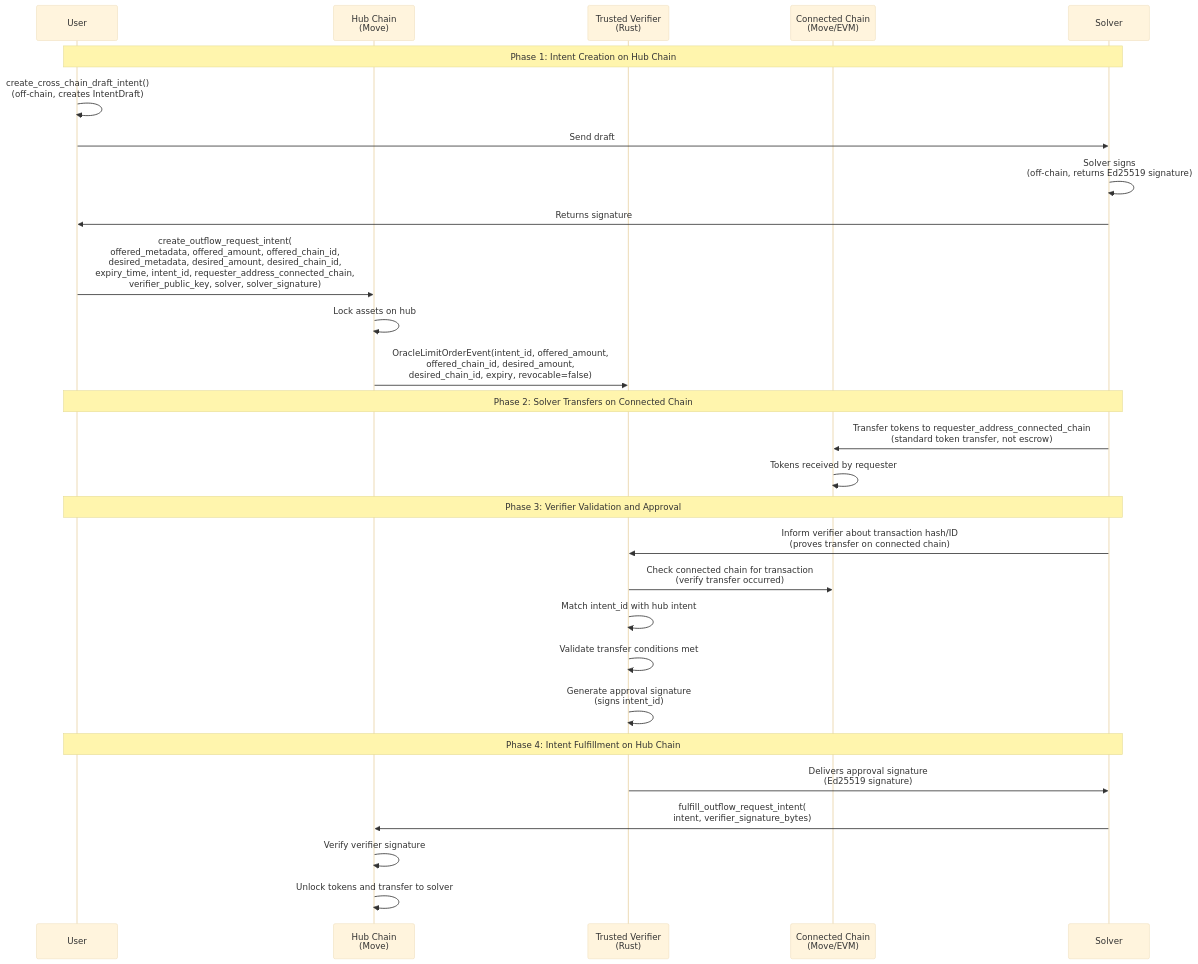
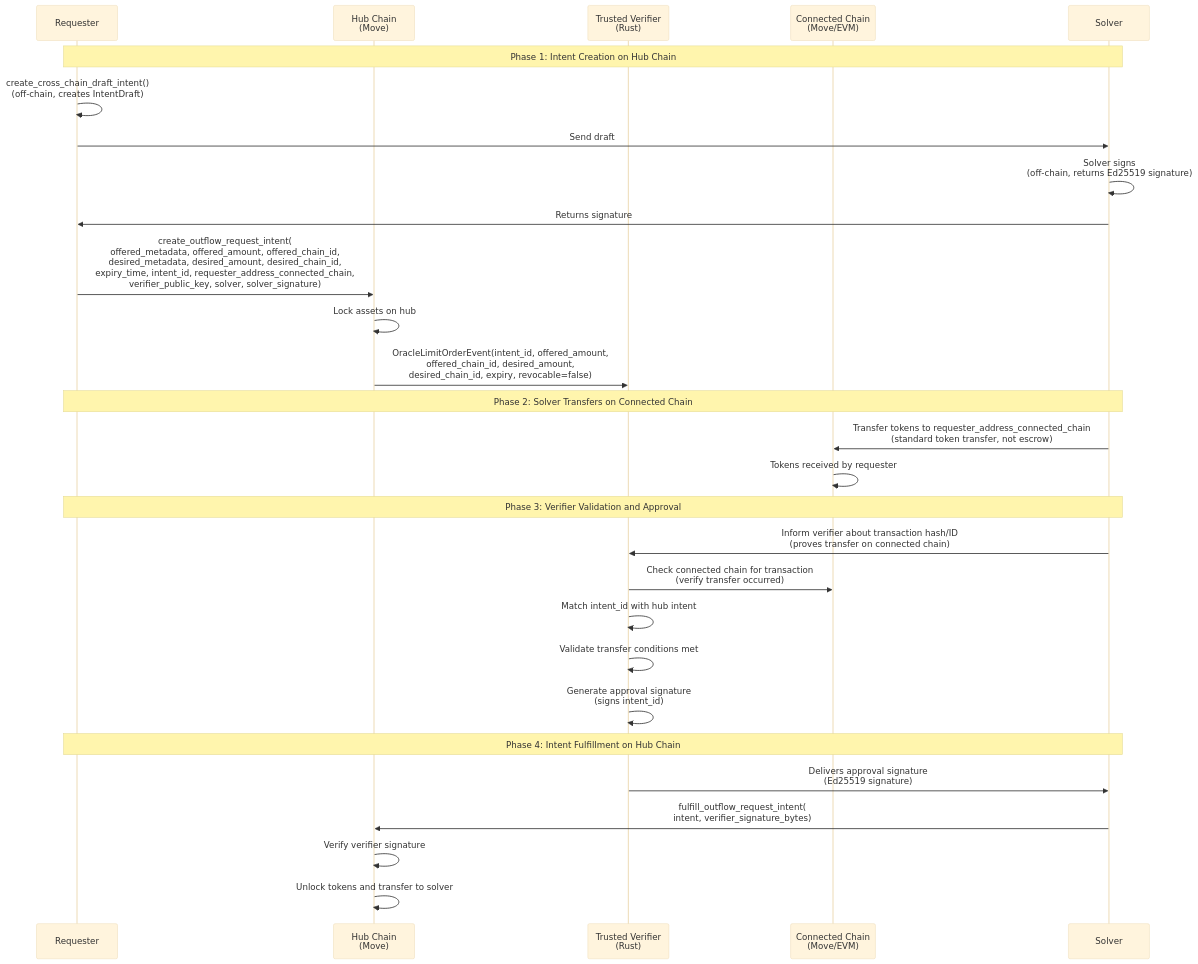
One commit to movementlabsxyz/intent-framework changed the second of 3 diagrams in docs/protocol.md. Above: the diagram before and after it, drawn with Mermaid (base theme). The commit also changed other lines of this file and 24 other files, not shown here.

First line of the commit message:
fix: standardize terminology to 'requester' and restore poll_connected_events method

````diff
--- a/docs/protocol.md
+++ b/docs/protocol.md
@@ -96,34 +96,34 @@
 ```mermaid
 sequenceDiagram
-    participant User
+    participant Requester
     participant Hub as Hub Chain<br/>(Move)
     participant Verifier as Trusted Verifier<br/>(Rust)
     participant Connected as Connected Chain<br/>(Move/EVM)
     participant Solver
 
-    Note over User,Solver: Phase 1: Intent Creation on Hub Chain
-    User->>User: create_cross_chain_draft_intent()<br/>(off-chain, creates IntentDraft)
-    User->>Solver: Send draft
+    Note over Requester,Solver: Phase 1: Intent Creation on Hub Chain
+    Requester->>Requester: create_cross_chain_draft_intent()<br/>(off-chain, creates IntentDraft)
+    Requester->>Solver: Send draft
     Solver->>Solver: Solver signs<br/>(off-chain, returns Ed25519 signature)
-    Solver->>User: Returns signature
-    User->>Hub: create_outflow_request_intent(<br/>offered_metadata, offered_amount, offered_chain_id,<br/>desired_metadata, desired_amount, desired_chain_id,<br/>expiry_time, intent_id, requester_address_connected_chain,<br/>verifier_public_key, solver, solver_signature)
+    Solver->>Requester: Returns signature
+    Requester->>Hub: create_outflow_request_intent(<br/>offered_metadata, offered_amount, offered_chain_id,<br/>desired_metadata, desired_amount, desired_chain_id,<br/>expiry_time, intent_id, requester_address_connected_chain,<br/>verifier_public_key, solver, solver_signature)
     Hub->>Hub: Lock assets on hub
     Hub->>Verifier: OracleLimitOrderEvent(intent_id, offered_amount,<br/>offered_chain_id, desired_amount,<br/>desired_chain_id, expiry, revocable=false)
 
-    Note over User,Solver: Phase 2: Solver Transfers on Connected Chain
+    Note over Requester,Solver: Phase 2: Solver Transfers on Connected Chain
     Solver->>Connected: Transfer tokens to requester_address_connected_chain<br/>(standard token transfer, not escrow)
     Connected->>Connected: Tokens received by requester
 
-    Note over User,Solver: Phase 3: Verifier Validation and Approval
+    Note over Requester,Solver: Phase 3: Verifier Validation and Approval
     Solver->>Verifier: Inform verifier about transaction hash/ID<br/>(proves transfer on connected chain)
     Verifier->>Connected: Check connected chain for transaction<br/>(verify transfer occurred)
     Verifier->>Verifier: Match intent_id with hub intent
     Verifier->>Verifier: Validate transfer conditions met
     Verifier->>Verifier: Generate approval signature<br/>(signs intent_id)
 
-    Note over User,Solver: Phase 4: Intent Fulfillment on Hub Chain
+    Note over Requester,Solver: Phase 4: Intent Fulfillment on Hub Chain
     Verifier->>Solver: Delivers approval signature<br/>(Ed25519 signature)
     Solver->>Hub: fulfill_outflow_request_intent(<br/>intent, verifier_signature_bytes)
     Hub->>Hub: Verify verifier signature
     Hub->>Hub: Unlock tokens and transfer to solver
 ```
````
